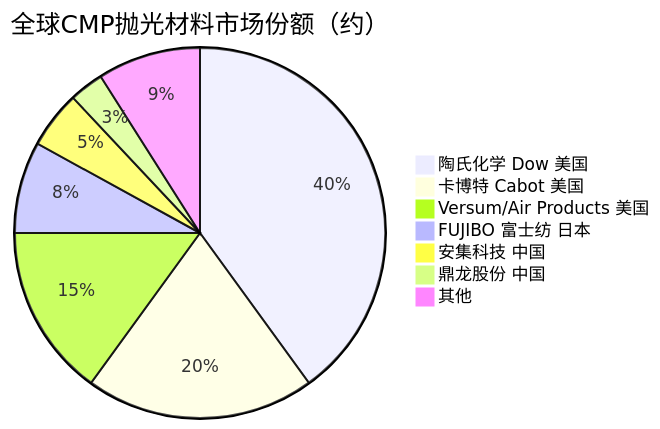
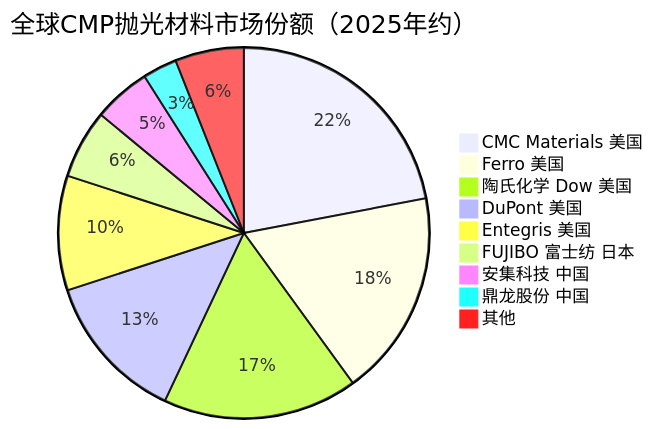
One commit to blueprint1453/industry-insight changed the third of 3 diagrams in AI产业链/上游/原材料/抛光材料.md. Above: the diagram before and after it, drawn with Mermaid. The commit also changed other lines of this file and 78 other files, not shown here.

````diff
--- a/AI产业链/上游/原材料/抛光材料.md
+++ b/AI产业链/上游/原材料/抛光材料.md
@@ -117,10 +117,12 @@
 ```mermaid
-pie title 全球CMP抛光材料市场份额（约）
-    "陶氏化学 Dow 美国" : 40
-    "卡博特 Cabot 美国" : 20
-    "Versum/Air Products 美国" : 15
-    "FUJIBO 富士纺 日本" : 8
+pie title 全球CMP抛光材料市场份额（2025年约）
+    "CMC Materials 美国" : 22
+    "Ferro 美国" : 18
+    "陶氏化学 Dow 美国" : 17
+    "DuPont 美国" : 13
+    "Entegris 美国" : 10
+    "FUJIBO 富士纺 日本" : 6
     "安集科技 中国" : 5
     "鼎龙股份 中国" : 3
-    "其他" : 9
+    "其他" : 6
 ```
````
